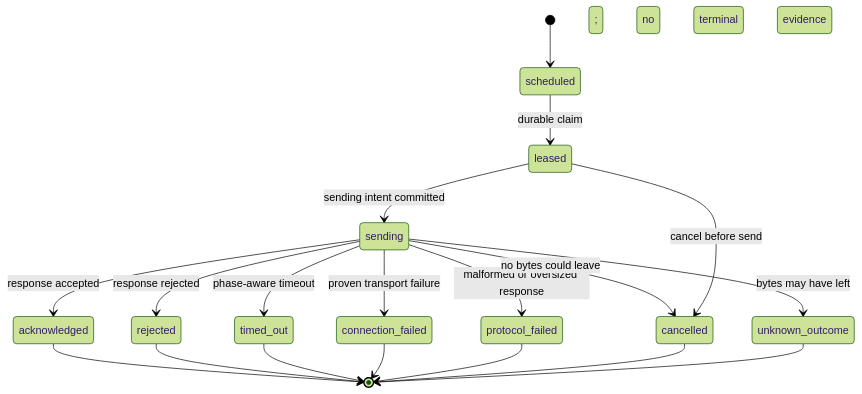
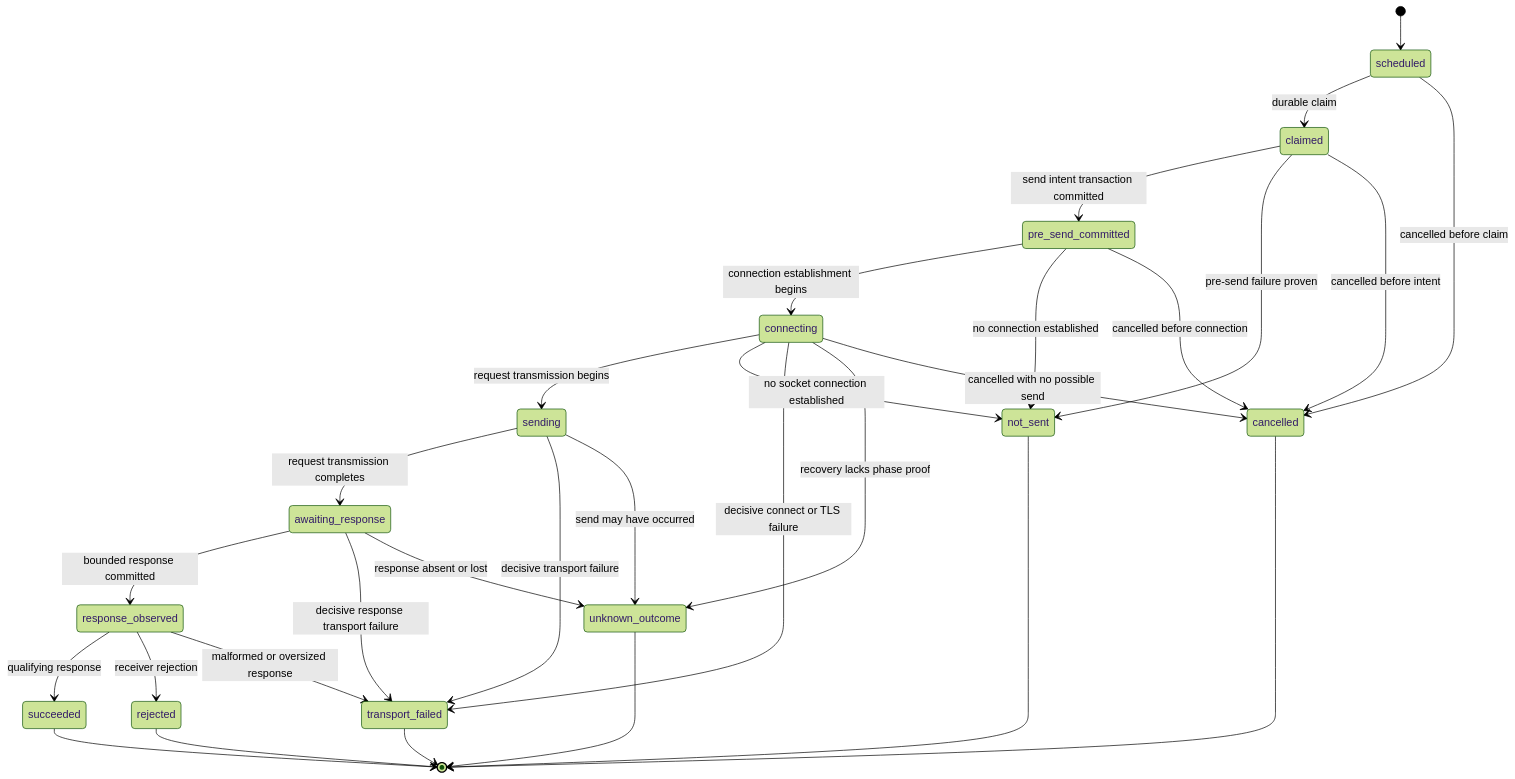
One commit to luckyteagirl/webhook-receiver-conformance changed the diagram in diagrams/state-attempt.mmd. Above: the diagram before and after it, drawn with Mermaid (forest theme). The commit also changed 63 other files, not shown here.

```diff
--- a/diagrams/state-attempt.mmd
+++ b/diagrams/state-attempt.mmd
@@ -1,19 +1,30 @@
 stateDiagram-v2
   [*] --> scheduled
-  scheduled --> leased: durable claim
-  leased --> sending: sending intent committed
-  sending --> acknowledged: response accepted
-  sending --> rejected: response rejected
-  sending --> timed_out: phase-aware timeout
-  sending --> connection_failed: proven transport failure
-  sending --> protocol_failed: malformed or oversized response
-  sending --> cancelled: no bytes could leave
-  sending --> unknown_outcome: bytes may have left; no terminal evidence
-  leased --> cancelled: cancel before send
-  acknowledged --> [*]
+  scheduled --> claimed: durable claim
+  scheduled --> cancelled: cancelled before claim
+  claimed --> pre_send_committed: send intent transaction committed
+  claimed --> not_sent: pre-send failure proven
+  claimed --> cancelled: cancelled before intent
+  pre_send_committed --> connecting: connection establishment begins
+  pre_send_committed --> not_sent: no connection established
+  pre_send_committed --> cancelled: cancelled before connection
+  connecting --> sending: request transmission begins
+  connecting --> not_sent: no socket connection established
+  connecting --> transport_failed: decisive connect or TLS failure
+  connecting --> unknown_outcome: recovery lacks phase proof
+  connecting --> cancelled: cancelled with no possible send
+  sending --> awaiting_response: request transmission completes
+  sending --> transport_failed: decisive transport failure
+  sending --> unknown_outcome: send may have occurred
+  awaiting_response --> response_observed: bounded response committed
+  awaiting_response --> transport_failed: decisive response transport failure
+  awaiting_response --> unknown_outcome: response absent or lost
+  response_observed --> succeeded: qualifying response
+  response_observed --> rejected: receiver rejection
+  response_observed --> transport_failed: malformed or oversized response
+  not_sent --> [*]
+  succeeded --> [*]
   rejected --> [*]
-  timed_out --> [*]
-  connection_failed --> [*]
-  protocol_failed --> [*]
+  transport_failed --> [*]
+  unknown_outcome --> [*]
   cancelled --> [*]
-  unknown_outcome --> [*]
```
